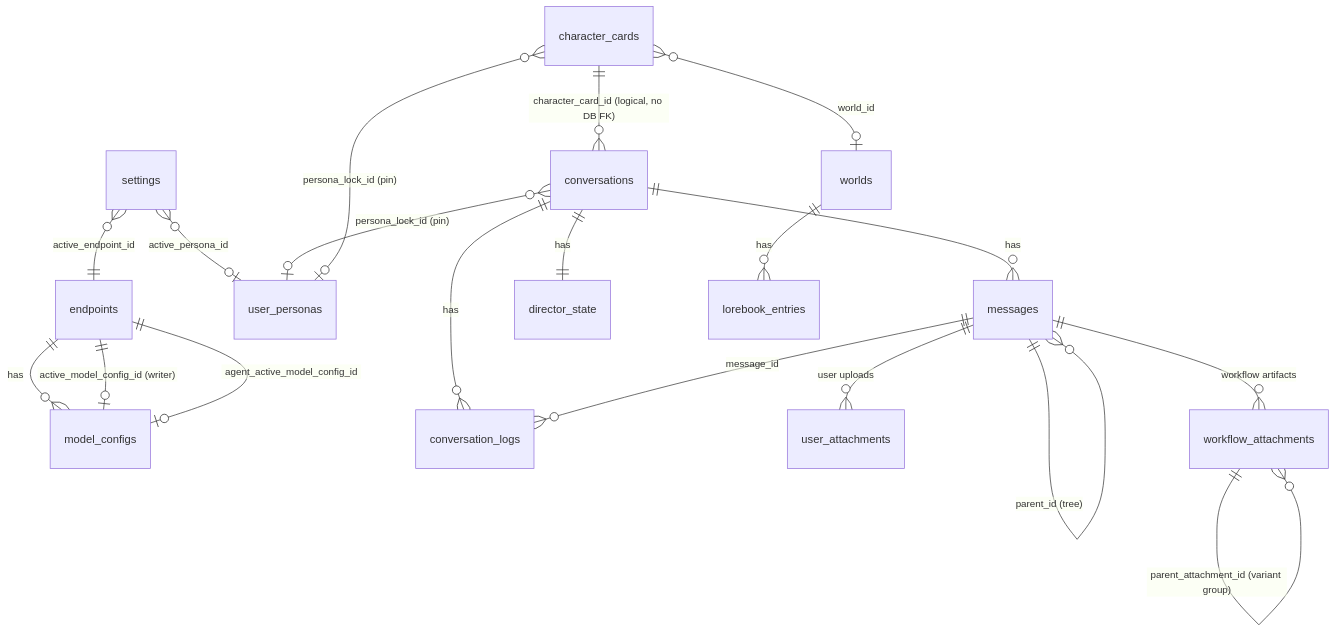
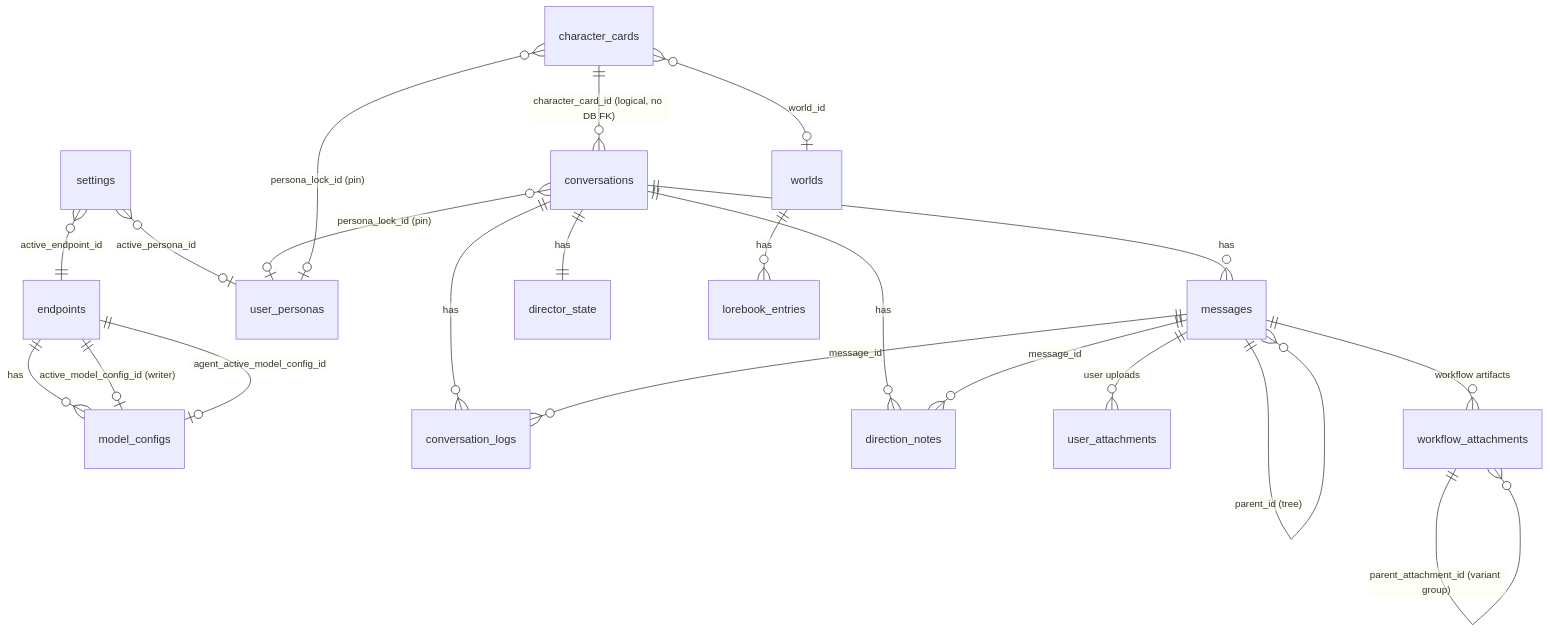
Before and after one commit to hpnyaggerman/Orb: the third of 4 diagrams in AGENTS.md, drawn with Mermaid. The commit also changed other lines of this file and 53 other files, not shown here.

````diff
--- a/AGENTS.md
+++ b/AGENTS.md
@@ -364,21 +368,23 @@
 ```mermaid
 erDiagram
     endpoints ||--o{ model_configs : has
     settings }o--|| endpoints : "active_endpoint_id"
     endpoints ||--o| model_configs : "active_model_config_id (writer)"
     endpoints ||--o| model_configs : "agent_active_model_config_id"
     settings }o--o| user_personas : "active_persona_id"
     conversations }o--o| user_personas : "persona_lock_id (pin)"
     character_cards }o--o| user_personas : "persona_lock_id (pin)"
     character_cards ||--o{ conversations : "character_card_id (logical, no DB FK)"
     conversations ||--o{ messages : has
     messages ||--o{ messages : "parent_id (tree)"
     conversations ||--|| director_state : has
     conversations ||--o{ conversation_logs : has
     messages ||--o{ conversation_logs : "message_id"
+    conversations ||--o{ direction_notes : has
+    messages ||--o{ direction_notes : "message_id"
     messages ||--o{ user_attachments : "user uploads"
     messages ||--o{ workflow_attachments : "workflow artifacts"
     workflow_attachments ||--o{ workflow_attachments : "parent_attachment_id (variant group)"
     character_cards }o--o| worlds : "world_id"
     worlds ||--o{ lorebook_entries : has
 ```
````
